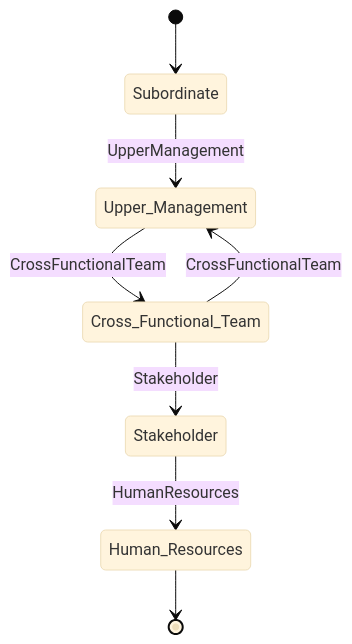
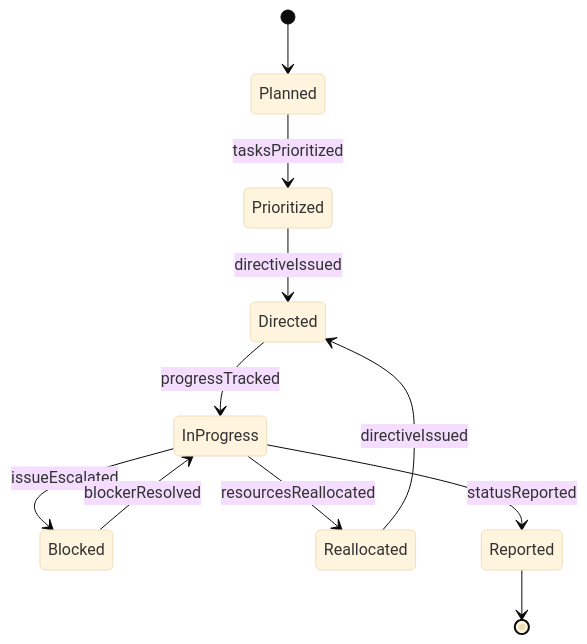
The second of 4 diagrams in GuidingDirectingAndMotivatingSubordinates/SupervisePersonnelActivities/DirectActivitiesSubordinates.mdx (dot-org-ai/tasks.org.ai), drawn with Mermaid (base theme) before and after one commit. The commit also changed other lines of this file and 515 other files, not shown here.

````diff
--- a/GuidingDirectingAndMotivatingSubordinates/SupervisePersonnelActivities/DirectActivitiesSubordinates.mdx
+++ b/GuidingDirectingAndMotivatingSubordinates/SupervisePersonnelActivities/DirectActivitiesSubordinates.mdx
@@ -100,10 +98,13 @@
 ```mermaid
 stateDiagram-v2
-    [*] --> Subordinate
-    Subordinate --> Upper_Management: UpperManagement
-    Upper_Management --> Cross_Functional_Team: CrossFunctionalTeam
-    Cross_Functional_Team --> Stakeholder: Stakeholder
-    Stakeholder --> Human_Resources: HumanResources
-    Cross_Functional_Team --> Upper_Management: CrossFunctionalTeam
-    Human_Resources --> [*]
+    [*] --> Planned
+    Planned --> Prioritized : tasksPrioritized
+    Prioritized --> Directed : directiveIssued
+    Directed --> InProgress : progressTracked
+    InProgress --> Blocked : issueEscalated
+    Blocked --> InProgress : blockerResolved
+    InProgress --> Reallocated : resourcesReallocated
+    Reallocated --> Directed : directiveIssued
+    InProgress --> Reported : statusReported
+    Reported --> [*]
 ```
````
